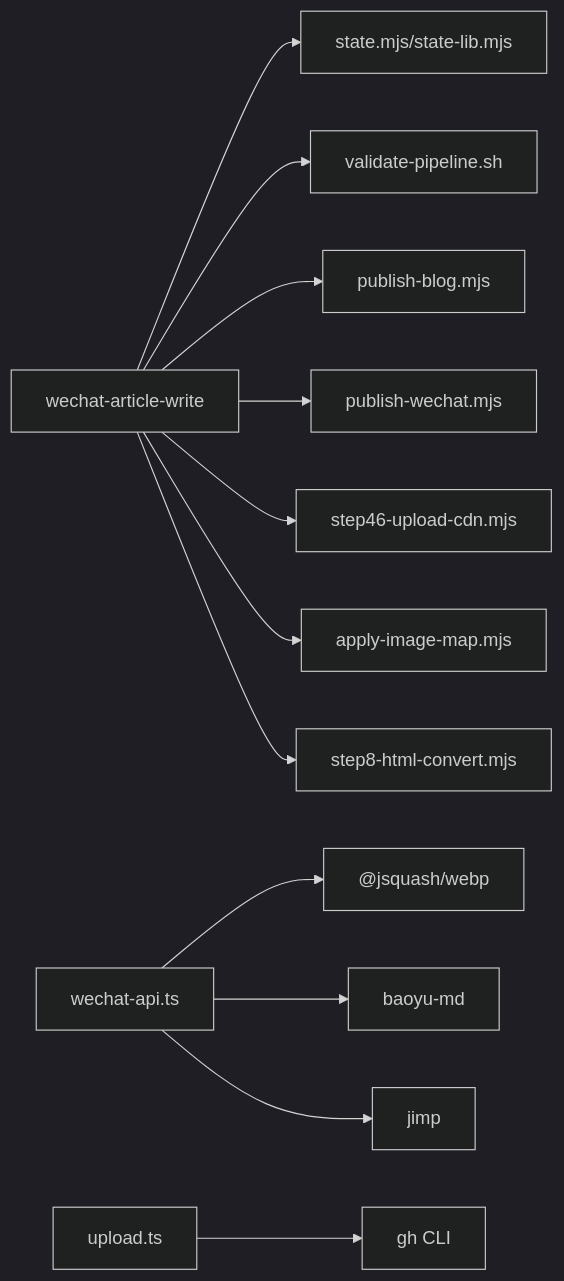
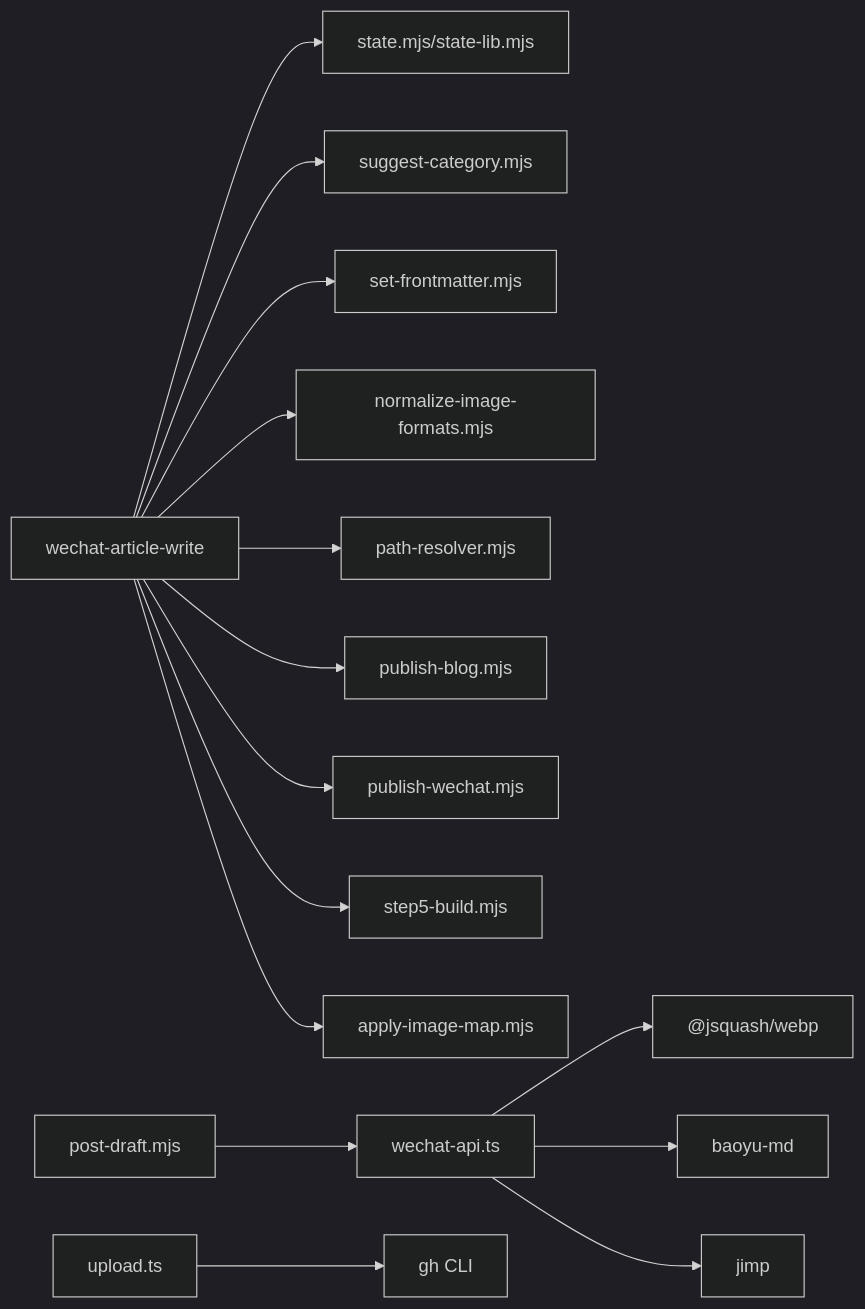
Before and after one commit to NTLx/ntlx.github.io: the sixth of 6 diagrams in .qoder/repowiki/zh/content/AI 技能系统/发布自动化技能/发布自动化技能.md, drawn with Mermaid (dark theme). The commit also changed other lines of this file and 16 other files, not shown here.

````diff
--- a/.qoder/repowiki/zh/content/AI 技能系统/发布自动化技能/发布自动化技能.md
+++ b/.qoder/repowiki/zh/content/AI 技能系统/发布自动化技能/发布自动化技能.md
@@ -327,14 +313,17 @@
 ```mermaid
 graph LR
 A["wechat-article-write"] --> B["state.mjs/state-lib.mjs"]
-A --> C["validate-pipeline.sh"]
-A --> D["publish-blog.mjs"]
-A --> E["publish-wechat.mjs"]
-A --> F["step46-upload-cdn.mjs"]
-A --> G["apply-image-map.mjs"]
-A --> H["step8-html-convert.mjs"]
-I["wechat-api.ts"] --> J["@jsquash/webp"]
-I --> K["baoyu-md"]
-I --> L["jimp"]
-M["upload.ts"] --> N["gh CLI"]
+A --> C["suggest-category.mjs"]
+A --> D["set-frontmatter.mjs"]
+A --> E["normalize-image-formats.mjs"]
+A --> F["path-resolver.mjs"]
+A --> G["publish-blog.mjs"]
+A --> H["publish-wechat.mjs"]
+A --> I["step5-build.mjs"]
+A --> J["apply-image-map.mjs"]
+K["wechat-api.ts"] --> L["@jsquash/webp"]
+K --> M["baoyu-md"]
+K --> N["jimp"]
+O["post-draft.mjs"] --> K
+P["upload.ts"] --> Q["gh CLI"]
 ```
````
